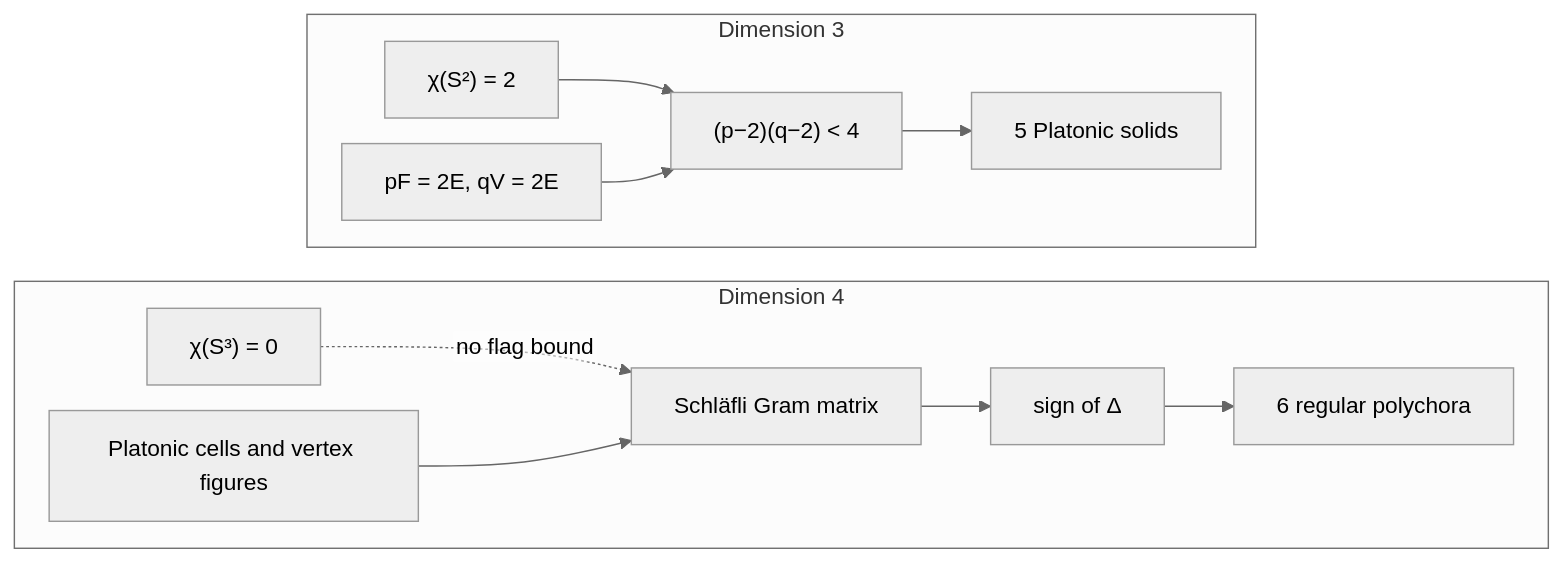
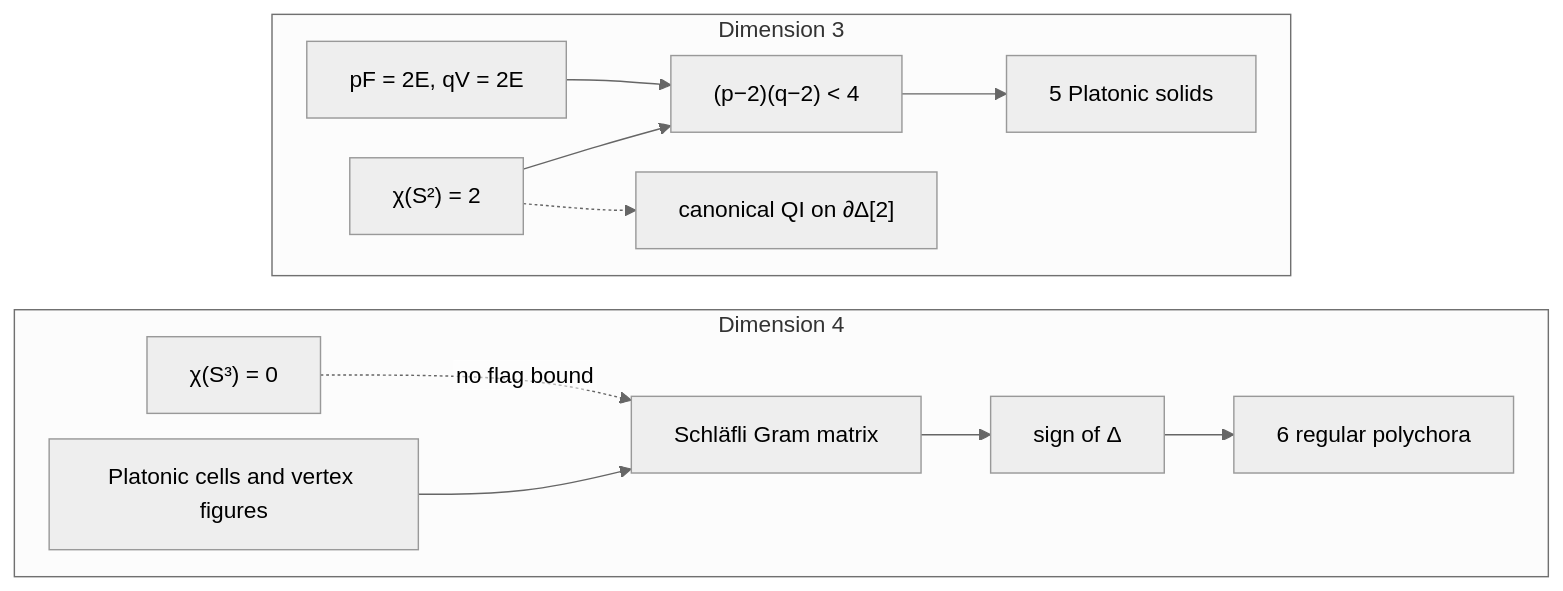
One commit to catskillsresearch/platonic-solids changed the diagram in figures/overview.mmd. Above: the diagram before and after it, drawn with Mermaid. The commit also changed 12 other files, not shown here.

```diff
--- a/figures/overview.mmd
+++ b/figures/overview.mmd
@@ -1,25 +1,27 @@
 %%{init: {"theme": "neutral", "flowchart": {"htmlLabels": false, "curve": "basis", "nodeSpacing": 18, "rankSpacing": 24}}}%%
 flowchart TB
   subgraph D3["Dimension 3"]
     direction LR
     E2["χ(S²) = 2"]
     Inc["pF = 2E, qV = 2E"]
     Dioph["(p−2)(q−2) < 4"]
     Five["5 Platonic solids"]
     E2 --> Dioph
     Inc --> Dioph
     Dioph --> Five
+    Circle["canonical QI on ∂Δ[2]"]
+    E2 -.-> Circle
   end
   subgraph D4["Dimension 4"]
     direction LR
     Chi0["χ(S³) = 0"]
     Plat["Platonic cells and vertex figures"]
     Gram["Schläfli Gram matrix"]
     Delta["sign of Δ"]
     Six["6 regular polychora"]
     Chi0 -.->|"no flag bound"| Gram
     Plat --> Gram
     Gram --> Delta
     Delta --> Six
   end
   D3 ~~~ D4
```
